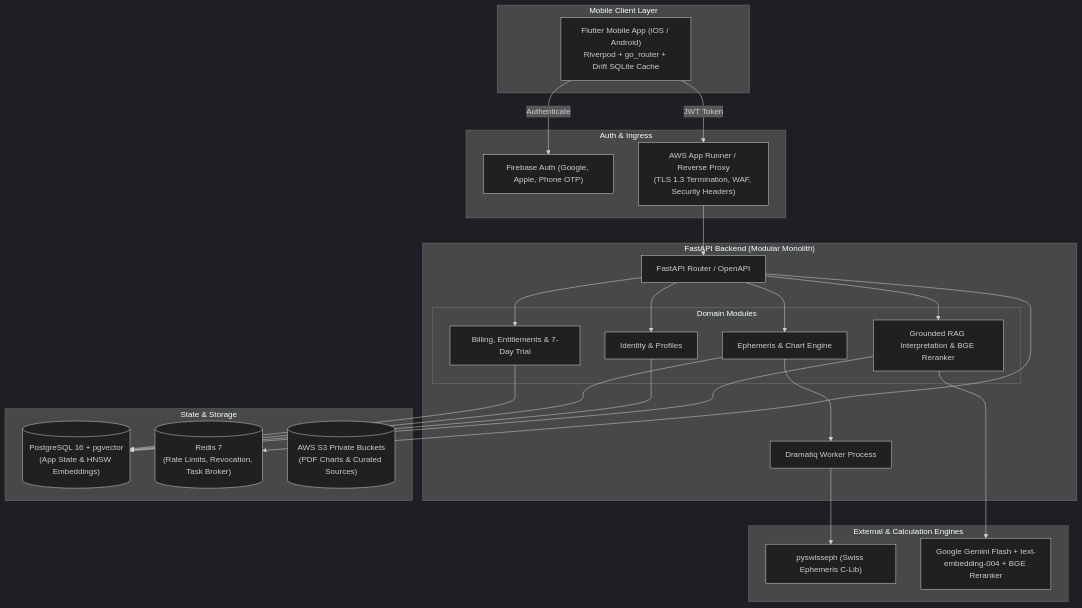
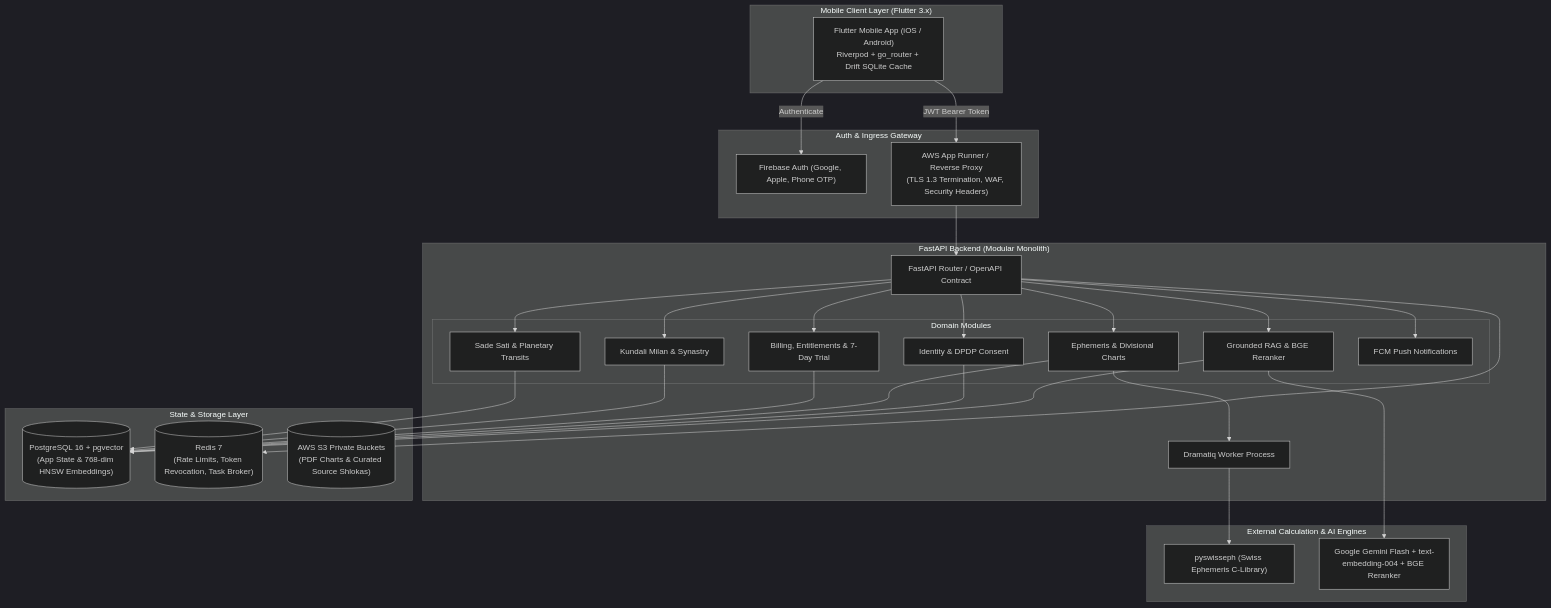
One commit to Nevil-Nandasana/Grahvani changed the diagram in README.md. Above: the diagram before and after it, drawn with Mermaid (dark theme). The commit also changed other lines of this file, not shown here.

Commit message:
docs: update README with status badges, updated architecture, feature matrix, and relative links

````diff
--- a/README.md
+++ b/README.md
@@ -29,44 +41,47 @@
 ```mermaid
 flowchart TB
-    subgraph Client["Mobile Client Layer"]
+    subgraph Client["Mobile Client Layer (Flutter 3.x)"]
         FlutterApp["Flutter Mobile App (iOS / Android)<br/>Riverpod + go_router + Drift SQLite Cache"]
     end
 
-    subgraph Security["Auth & Ingress"]
+    subgraph Security["Auth & Ingress Gateway"]
         FirebaseAuth["Firebase Auth (Google, Apple, Phone OTP)"]
         Ingress["AWS App Runner / Reverse Proxy<br/>(TLS 1.3 Termination, WAF, Security Headers)"]
     end
 
     subgraph Backend["FastAPI Backend (Modular Monolith)"]
-        API["FastAPI Router / OpenAPI"]
+        API["FastAPI Router / OpenAPI Contract"]
         
         subgraph Domains["Domain Modules"]
-            Identity["Identity & Profiles"]
-            AstroEngine["Ephemeris & Chart Engine"]
-            RAG["Grounded RAG Interpretation & BGE Reranker"]
+            Identity["Identity & DPDP Consent"]
+            AstroEngine["Ephemeris & Divisional Charts"]
+            RAG["Grounded RAG & BGE Reranker"]
+            Matchmaking["Kundali Milan & Synastry"]
+            Transits["Sade Sati & Planetary Transits"]
             Billing["Billing, Entitlements & 7-Day Trial"]
+            Notifications["FCM Push Notifications"]
         end
 
         Worker["Dramatiq Worker Process"]
     end
 
-    subgraph Data["State & Storage"]
-        DB[("PostgreSQL 16 + pgvector<br/>(App State & HNSW Embeddings)")]
-        Redis[("Redis 7<br/>(Rate Limits, Revocation, Task Broker)")]
-        S3[("AWS S3 Private Buckets<br/>(PDF Charts & Curated Sources)")]
+    subgraph Data["State & Storage Layer"]
+        DB[("PostgreSQL 16 + pgvector<br/>(App State & 768-dim HNSW Embeddings)")]
+        Redis[("Redis 7<br/>(Rate Limits, Token Revocation, Task Broker)")]
+        S3[("AWS S3 Private Buckets<br/>(PDF Charts & Curated Source Shlokas)")]
     end
 
-    subgraph Engine["External & Calculation Engines"]
-        SwissEph["pyswisseph (Swiss Ephemeris C-Lib)"]
+    subgraph Engine["External Calculation & AI Engines"]
+        SwissEph["pyswisseph (Swiss Ephemeris C-Library)"]
         Gemini["Google Gemini Flash + text-embedding-004 + BGE Reranker"]
     end
 
-    FlutterApp -->|JWT Token| Ingress
+    FlutterApp -->|JWT Bearer Token| Ingress
     FlutterApp -->|Authenticate| FirebaseAuth
     Ingress --> API
-    API --> Identity & AstroEngine & RAG & Billing
+    API --> Identity & AstroEngine & RAG & Matchmaking & Transits & Billing & Notifications
     AstroEngine --> Worker --> SwissEph
     RAG --> DB & Gemini
     API --> Redis
-    Identity & AstroEngine & Billing --> DB
+    Identity & AstroEngine & Billing & Matchmaking & Transits --> DB
 ```
````
